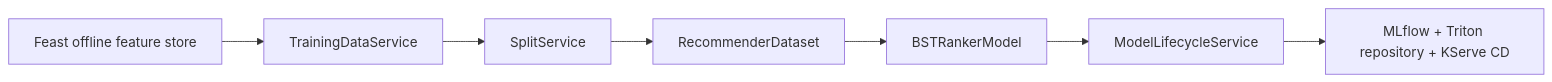
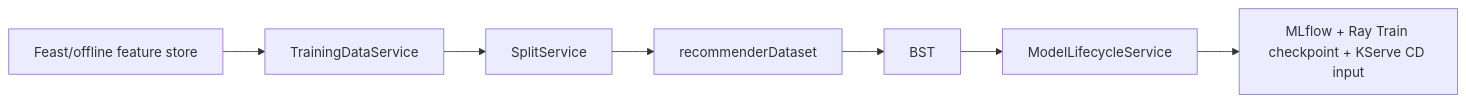
Before and after one commit to itsmekhoathekid/RecSys-MLops: the first of 2 diagrams in docs/submission/rubic-final-coursework-(final-ml)/low_level_ml_design.md, drawn with Mermaid. The commit also changed other lines of this file and 37 other files, not shown here.

````diff
--- a/docs/submission/rubic-final-coursework-(final-ml)/low_level_ml_design.md
+++ b/docs/submission/rubic-final-coursework-(final-ml)/low_level_ml_design.md
@@ -17,9 +15,9 @@
 ```mermaid
 flowchart LR
-  A["Feast offline feature store"] --> B["TrainingDataService"]
+  A["Feast/offline feature store"] --> B["TrainingDataService"]
   B --> C["SplitService"]
-  C --> D["RecommenderDataset"]
-  D --> E["BSTRankerModel"]
+  C --> D["recommenderDataset"]
+  D --> E["BST"]
   E --> F["ModelLifecycleService"]
-  F --> G["MLflow + Triton repository + KServe CD"]
+  F --> G["MLflow + Ray Train checkpoint + KServe CD input"]
 ```
````
